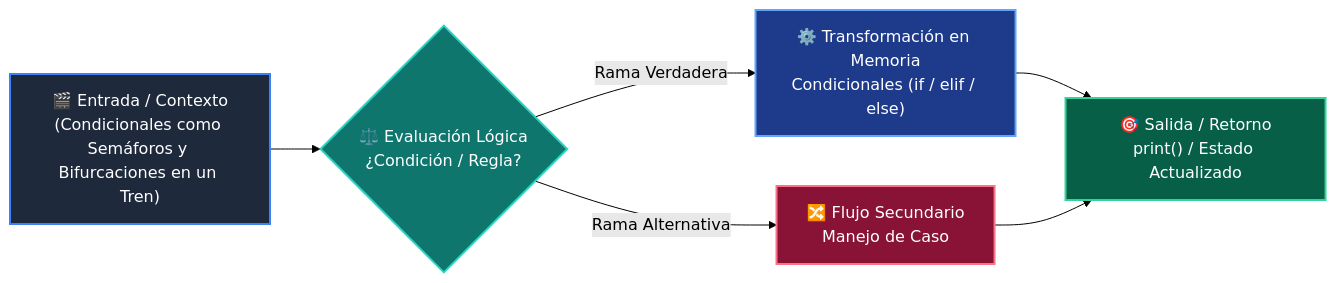
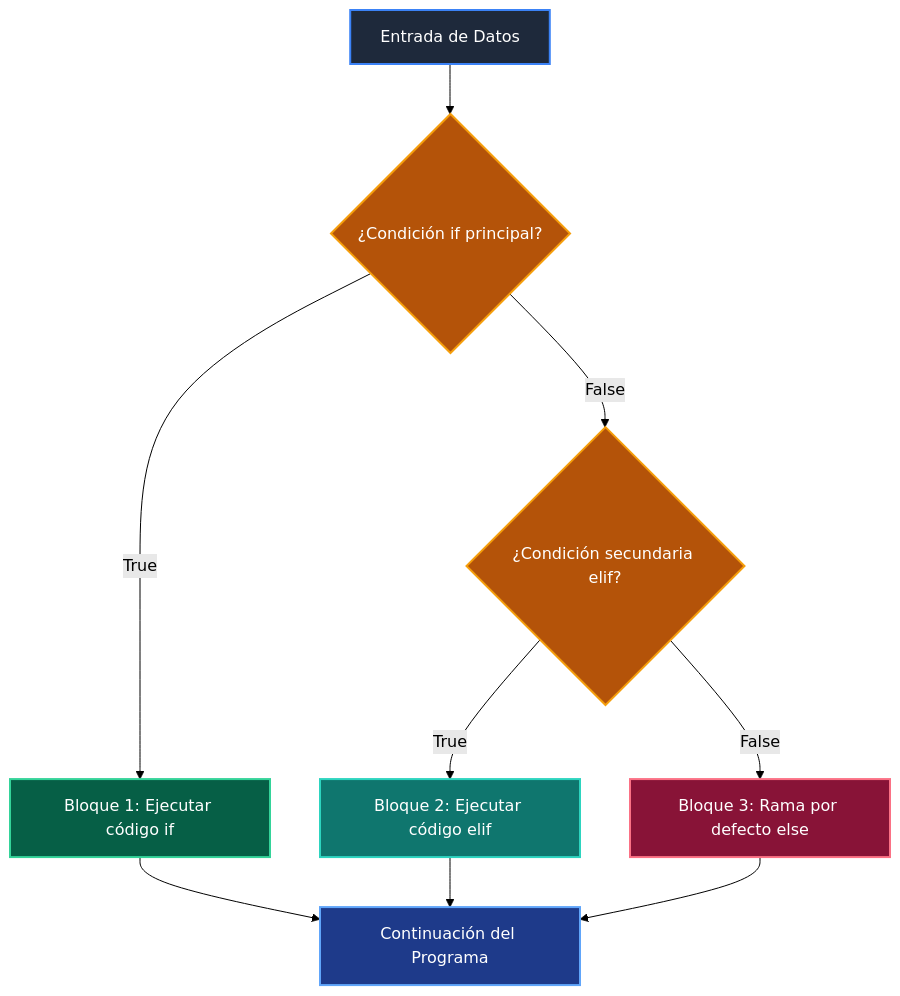
Before and after one commit to wisrovi/wisrovi-python: the diagram in 01-fundamentos-python/clase-03-control-flujo-condicionales/README.md, drawn with Mermaid (forest theme). The commit also changed other lines of this file and 271 other files, not shown here.

Commit message:
docs: rewrite all README.md files with bespoke topic-specific Mermaid diagrams and remove repetitive boilerplate

````diff
--- a/01-fundamentos-python/clase-03-control-flujo-condicionales/README.md
+++ b/01-fundamentos-python/clase-03-control-flujo-condicionales/README.md
@@ -35,14 +12,19 @@
 ```mermaid
-flowchart LR
-    A["🎬 Entrada / Contexto<br/>(Condicionales como Semáforos y Bifurcaciones en un Tren)"] --> B{"⚖️ Evaluación Lógica<br/>¿Condición / Regla?"}
-    B -->|Rama Verdadera| C["⚙️ Transformación en Memoria<br/>Condicionales (if / elif / else)"]
-    B -->|Rama Alternativa| D["🔀 Flujo Secundario<br/>Manejo de Caso"]
-    C --> E["🎯 Salida / Retorno<br/>print() / Estado Actualizado"]
-    D --> E
+flowchart TD
+    IN["Entrada de Datos"] --> EVAL{"¿Condición if principal?"}
+    EVAL -->|True| B1["Bloque 1: Ejecutar código if"]
+    EVAL -->|False| ELIF{"¿Condición secundaria elif?"}
+    ELIF -->|True| B2["Bloque 2: Ejecutar código elif"]
+    ELIF -->|False| ELSE["Bloque 3: Rama por defecto else"]
+    B1 --> OUT["Continuación del Programa"]
+    B2 --> OUT
+    ELSE --> OUT
 
-    style A fill:#1e293b,color:#ffffff,stroke:#3b82f6,stroke-width:2px
-    style B fill:#0f766e,color:#ffffff,stroke:#2dd4bf,stroke-width:2px
-    style C fill:#1e3a8a,color:#ffffff,stroke:#60a5fa,stroke-width:2px
-    style D fill:#881337,color:#ffffff,stroke:#fb7185,stroke-width:2px
-    style E fill:#065f46,color:#ffffff,stroke:#34d399,stroke-width:2px
+    style IN fill:#1e293b,color:#fff,stroke:#3b82f6,stroke-width:2px
+    style EVAL fill:#b45309,color:#fff,stroke:#f59e0b,stroke-width:2px
+    style B1 fill:#065f46,color:#fff,stroke:#34d399,stroke-width:2px
+    style ELIF fill:#b45309,color:#fff,stroke:#f59e0b,stroke-width:2px
+    style B2 fill:#0f766e,color:#fff,stroke:#2dd4bf,stroke-width:2px
+    style ELSE fill:#881337,color:#fff,stroke:#fb7185,stroke-width:2px
+    style OUT fill:#1e3a8a,color:#fff,stroke:#60a5fa,stroke-width:2px
 ```
````
